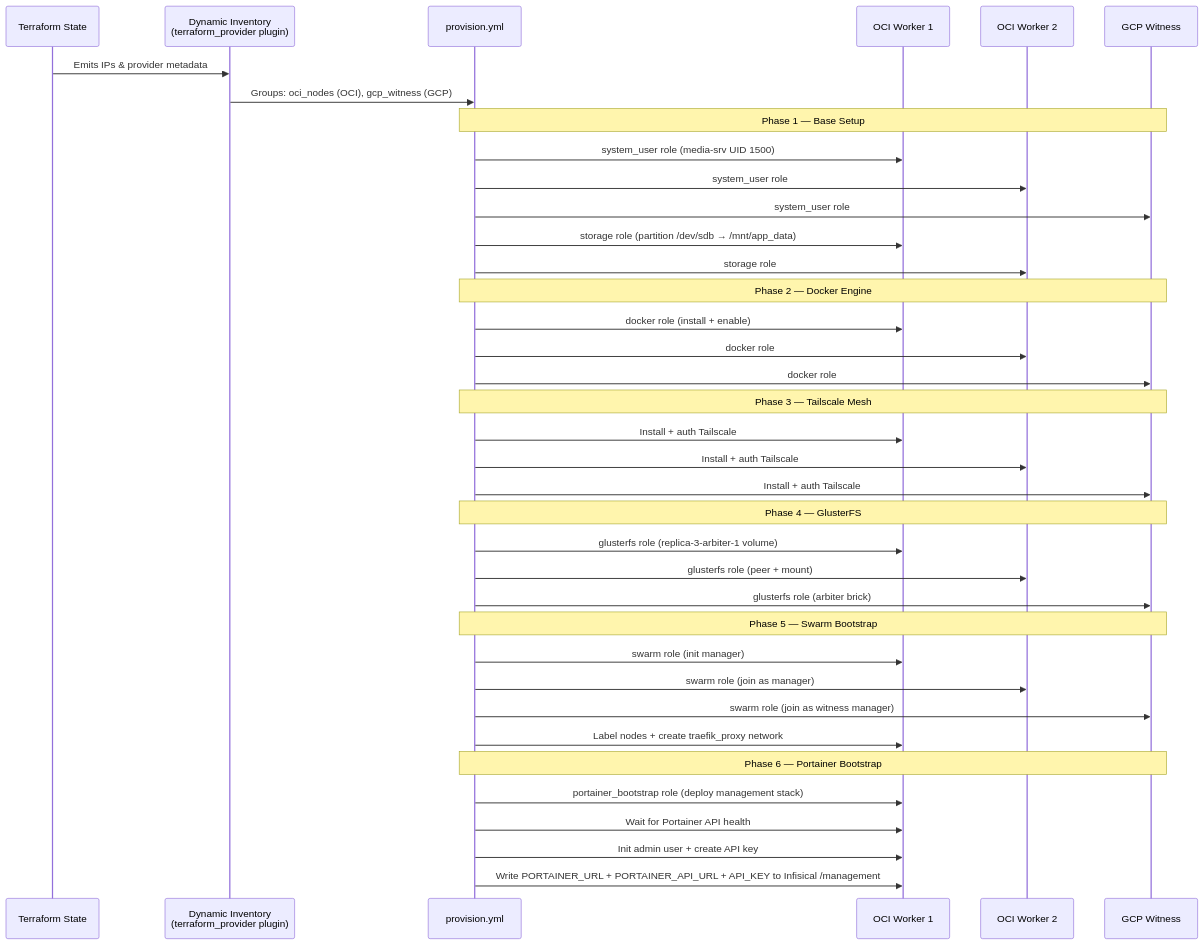
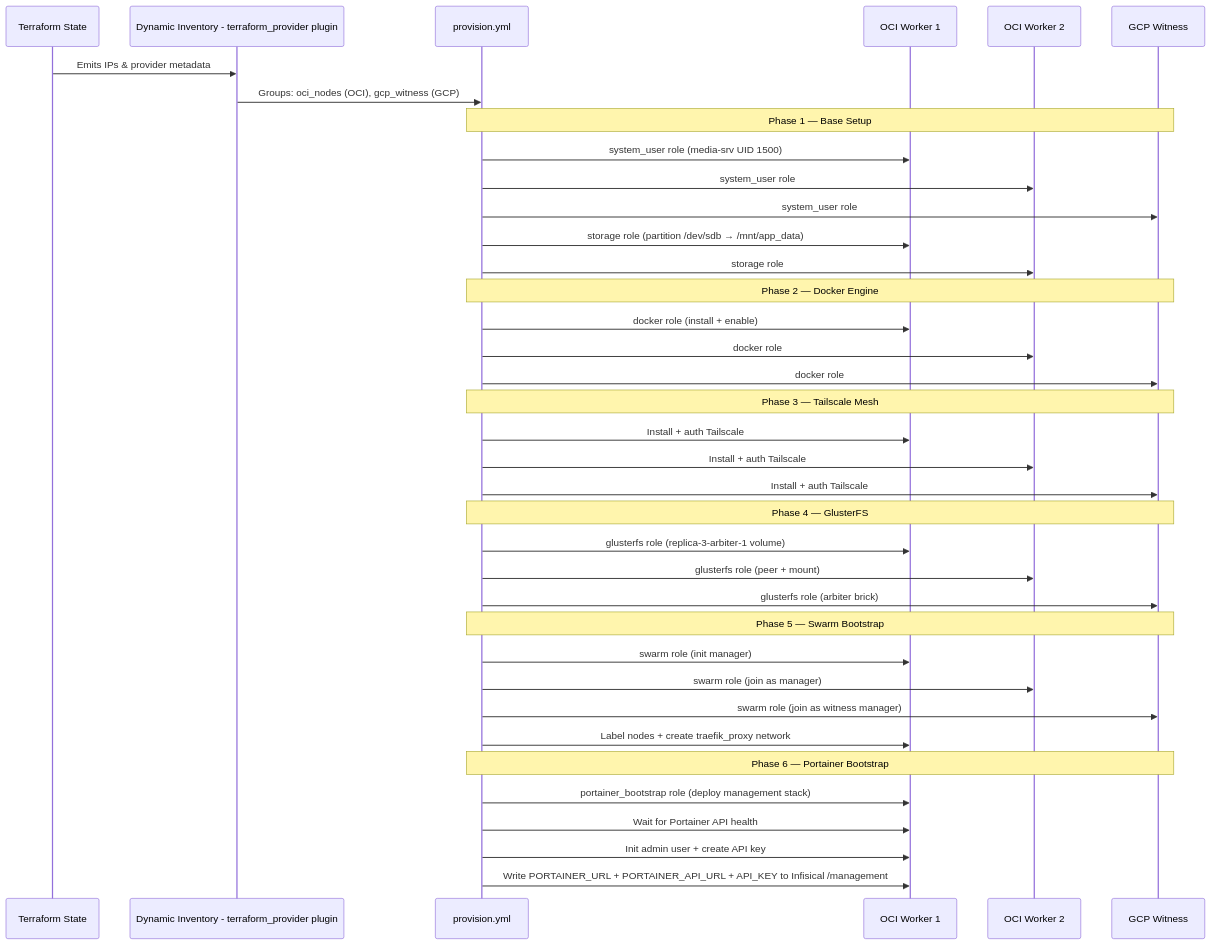
Before and after one commit to JoseStud/GoodOldMeServer: the diagram in docs/ansible.md, drawn with Mermaid. The commit also changed 1 other file, not shown here.

Commit message:
fix: Update diagram labels for clarity in Ansible documentation

````diff
--- a/docs/ansible.md
+++ b/docs/ansible.md
@@ -9,46 +9,46 @@
 ```mermaid
 sequenceDiagram
     participant TF as Terraform State
-    participant INV as Dynamic Inventory<br/>(terraform_provider plugin)
+    participant INV as Dynamic Inventory - terraform_provider plugin
     participant PB as provision.yml
     participant OCI1 as OCI Worker 1
     participant OCI2 as OCI Worker 2
     participant GCP as GCP Witness
 
     TF->>INV: Emits IPs & provider metadata
     INV->>PB: Groups: oci_nodes (OCI), gcp_witness (GCP)
 
     Note over PB,GCP: Phase 1 — Base Setup
     PB->>OCI1: system_user role (media-srv UID 1500)
     PB->>OCI2: system_user role
     PB->>GCP: system_user role
     PB->>OCI1: storage role (partition /dev/sdb → /mnt/app_data)
     PB->>OCI2: storage role
 
     Note over PB,GCP: Phase 2 — Docker Engine
     PB->>OCI1: docker role (install + enable)
     PB->>OCI2: docker role
     PB->>GCP: docker role
 
     Note over PB,GCP: Phase 3 — Tailscale Mesh
     PB->>OCI1: Install + auth Tailscale
     PB->>OCI2: Install + auth Tailscale
     PB->>GCP: Install + auth Tailscale
 
     Note over PB,GCP: Phase 4 — GlusterFS
     PB->>OCI1: glusterfs role (replica-3-arbiter-1 volume)
     PB->>OCI2: glusterfs role (peer + mount)
     PB->>GCP: glusterfs role (arbiter brick)
 
     Note over PB,GCP: Phase 5 — Swarm Bootstrap
     PB->>OCI1: swarm role (init manager)
     PB->>OCI2: swarm role (join as manager)
     PB->>GCP: swarm role (join as witness manager)
     PB->>OCI1: Label nodes + create traefik_proxy network
 
     Note over PB,GCP: Phase 6 — Portainer Bootstrap
     PB->>OCI1: portainer_bootstrap role (deploy management stack)
     PB->>OCI1: Wait for Portainer API health
     PB->>OCI1: Init admin user + create API key
     PB->>OCI1: Write PORTAINER_URL + PORTAINER_API_URL + API_KEY to Infisical /management
 ```
````
